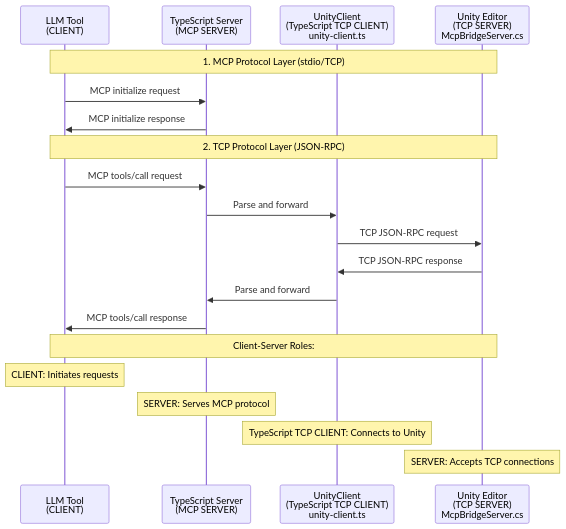
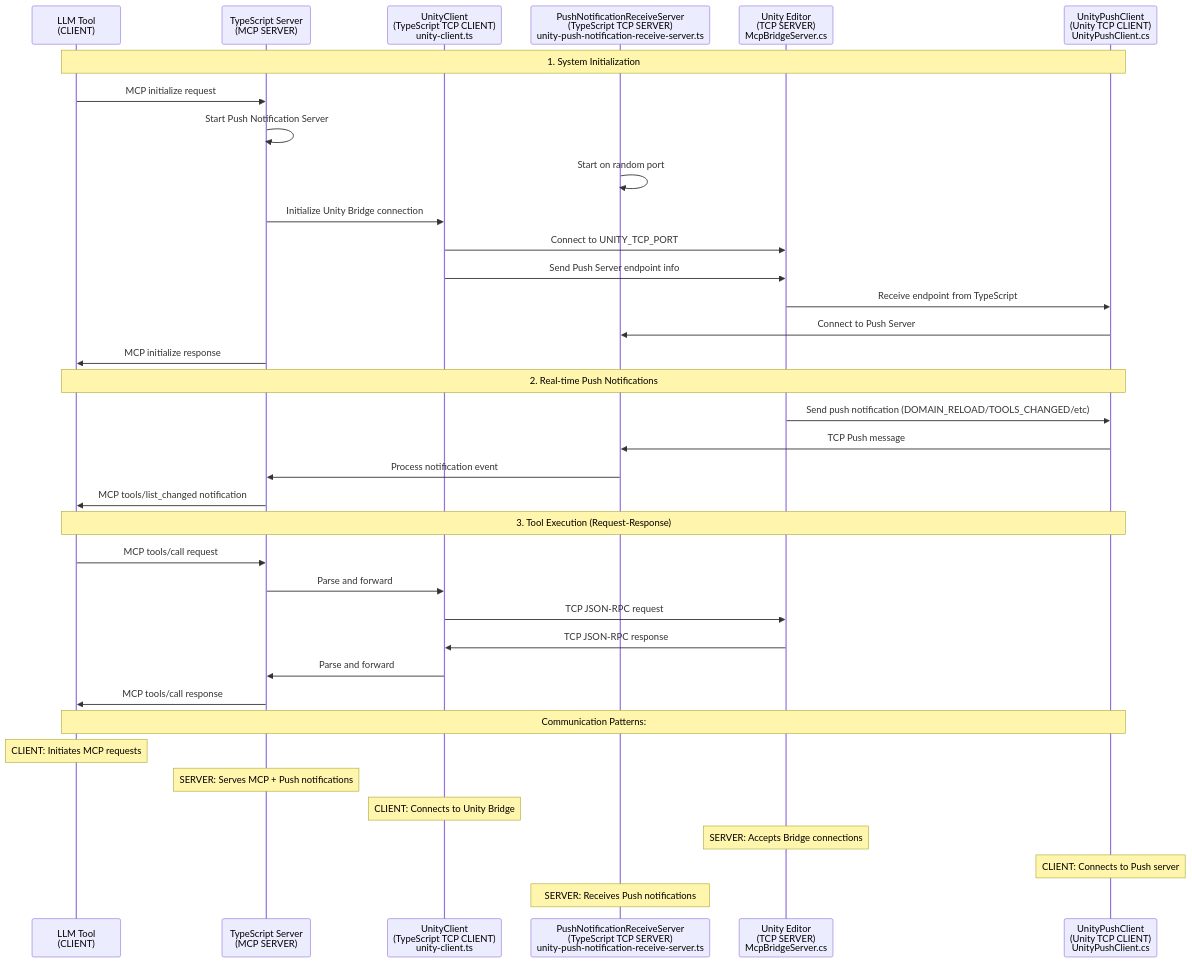
The third of 17 diagrams in Packages/src/ARCHITECTURE.md (hatayama/uLoopMCP), drawn with Mermaid before and after one commit. The commit also changed other lines of this file and 19 other files, not shown here.

First line of the commit message:
fix: Claude Code MCP tool recognition via push notification sync

````diff
--- a/Packages/src/ARCHITECTURE.md
+++ b/Packages/src/ARCHITECTURE.md
@@ -81,25 +90,42 @@
 ```mermaid
 sequenceDiagram
     participant LLM as LLM Tool<br/>(CLIENT)
     participant TS as TypeScript Server<br/>(MCP SERVER)
     participant UC as UnityClient<br/>(TypeScript TCP CLIENT)<br/>unity-client.ts
+    participant PNS as PushNotificationReceiveServer<br/>(TypeScript TCP SERVER)<br/>unity-push-notification-receive-server.ts
     participant Unity as Unity Editor<br/>(TCP SERVER)<br/>McpBridgeServer.cs
+    participant PC as UnityPushClient<br/>(Unity TCP CLIENT)<br/>UnityPushClient.cs
     
-    Note over LLM, Unity: 1. MCP Protocol Layer (stdio/TCP)
+    Note over LLM, PC: 1. System Initialization
     LLM->>TS: MCP initialize request
+    TS->>TS: Start Push Notification Server
+    PNS->>PNS: Start on random port
+    TS->>UC: Initialize Unity Bridge connection
+    UC->>Unity: Connect to UNITY_TCP_PORT
+    UC->>Unity: Send Push Server endpoint info
+    Unity->>PC: Receive endpoint from TypeScript
+    PC->>PNS: Connect to Push Server
     TS->>LLM: MCP initialize response
     
-    Note over LLM, Unity: 2. TCP Protocol Layer (JSON-RPC)
+    Note over LLM, PC: 2. Real-time Push Notifications
+    Unity->>PC: Send push notification (DOMAIN_RELOAD/TOOLS_CHANGED/etc)
+    PC->>PNS: TCP Push message
+    PNS->>TS: Process notification event
+    TS->>LLM: MCP tools/list_changed notification
+    
+    Note over LLM, PC: 3. Tool Execution (Request-Response)
     LLM->>TS: MCP tools/call request
     TS->>UC: Parse and forward
     UC->>Unity: TCP JSON-RPC request
     Unity->>UC: TCP JSON-RPC response
     UC->>TS: Parse and forward
     TS->>LLM: MCP tools/call response
     
-    Note over LLM, Unity: Client-Server Roles:
-    Note over LLM: CLIENT: Initiates requests
-    Note over TS: SERVER: Serves MCP protocol
-    Note over UC: TypeScript TCP CLIENT: Connects to Unity
-    Note over Unity: SERVER: Accepts TCP connections
+    Note over LLM, PC: Communication Patterns:
+    Note over LLM: CLIENT: Initiates MCP requests
+    Note over TS: SERVER: Serves MCP + Push notifications
+    Note over UC: CLIENT: Connects to Unity Bridge
+    Note over Unity: SERVER: Accepts Bridge connections
+    Note over PC: CLIENT: Connects to Push server
+    Note over PNS: SERVER: Receives Push notifications
 ```
````
